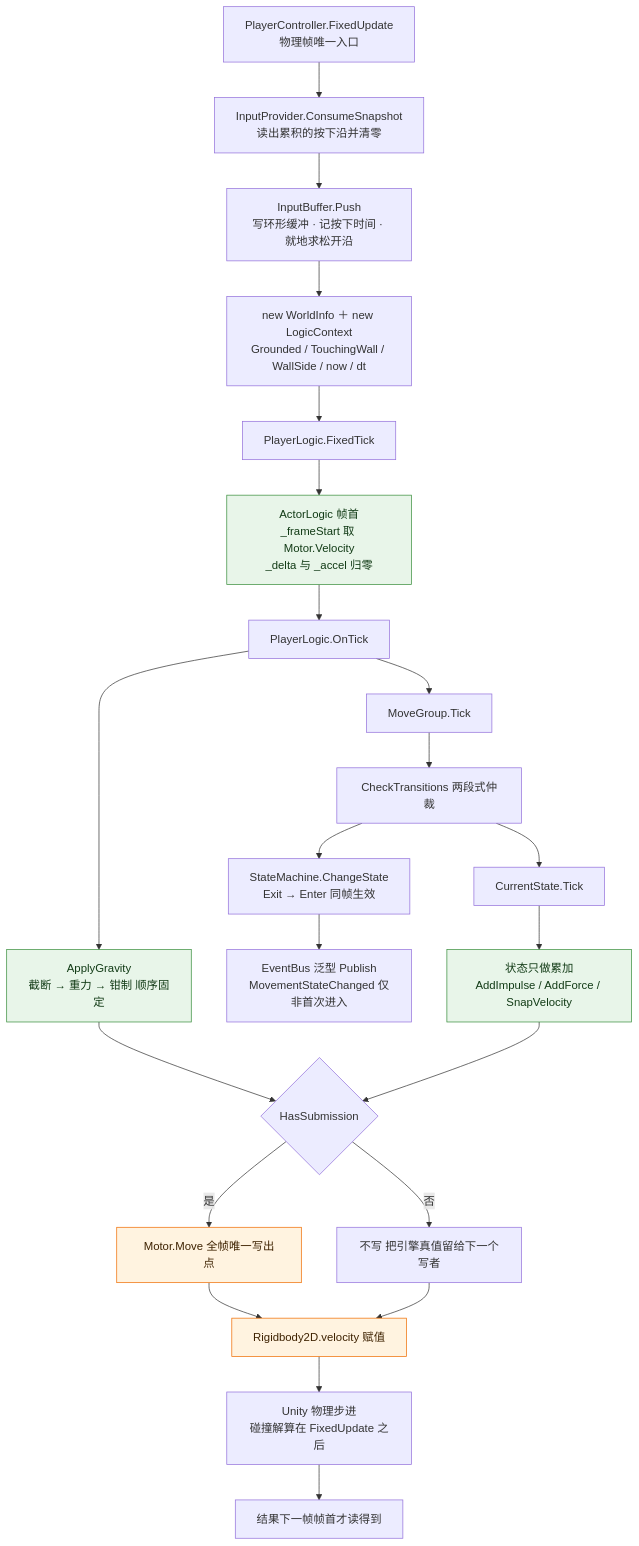
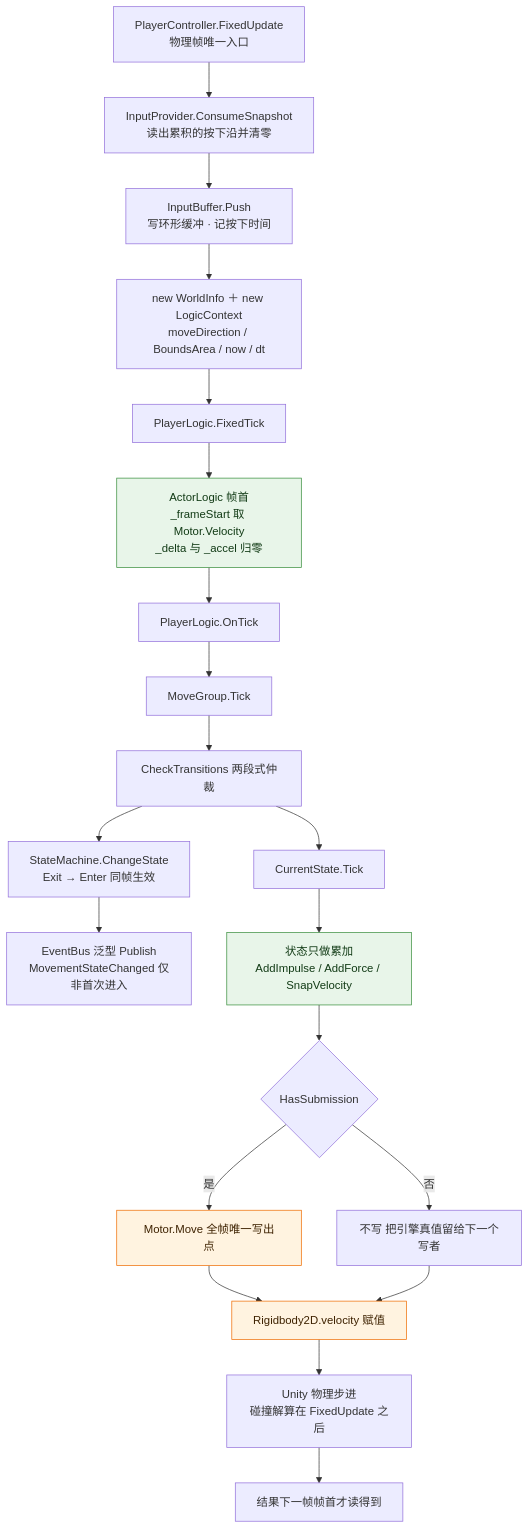
Before and after one commit to 5FYZhou/deepseaoil: the ninth of 16 diagrams in Docs/架构图集.md, drawn with Mermaid. The commit also changed other lines of this file and 47 other files, not shown here.

````diff
--- a/Docs/架构图集.md
+++ b/Docs/架构图集.md
@@ -388,28 +391,26 @@
 ```mermaid
 flowchart TD
   A["PlayerController.FixedUpdate<br/>物理帧唯一入口"] --> B["InputProvider.ConsumeSnapshot<br/>读出累积的按下沿并清零"]
-  B --> C["InputBuffer.Push<br/>写环形缓冲 · 记按下时间 · 就地求松开沿"]
-  C --> D["new WorldInfo ＋ new LogicContext<br/>Grounded / TouchingWall / WallSide / now / dt"]
+  B --> C["InputBuffer.Push<br/>写环形缓冲 · 记按下时间"]
+  C --> D["new WorldInfo ＋ new LogicContext<br/>moveDirection / BoundsArea / now / dt"]
   D --> E["PlayerLogic.FixedTick"]
   E --> F["ActorLogic 帧首<br/>_frameStart 取 Motor.Velocity<br/>_delta 与 _accel 归零"]
   F --> G["PlayerLogic.OnTick"]
-  G --> H["ApplyGravity<br/>截断 → 重力 → 钳制 顺序固定"]
   G --> I["MoveGroup.Tick"]
   I --> J["CheckTransitions 两段式仲裁"]
   J --> K["StateMachine.ChangeState<br/>Exit → Enter 同帧生效"]
   K --> L["EventBus 泛型 Publish<br/>MovementStateChanged 仅非首次进入"]
   J --> M["CurrentState.Tick"]
   M --> N["状态只做累加<br/>AddImpulse / AddForce / SnapVelocity"]
-  H --> O{"HasSubmission"}
-  N --> O
+  N --> O{"HasSubmission"}
   O -->|"是"| P["Motor.Move 全帧唯一写出点"]
   O -->|"否"| Q["不写 把引擎真值留给下一个写者"]
   P --> R["Rigidbody2D.velocity 赋值"]
   Q --> R
   R --> S["Unity 物理步进<br/>碰撞解算在 FixedUpdate 之后"]
   S --> T["结果下一帧帧首才读得到"]
   classDef calc fill:#e8f5e9,stroke:#388e3c,color:#123b16
   classDef io fill:#fff3e0,stroke:#ef6c00,color:#3e2200
-  class F,H,N calc
+  class F,N calc
   class P,R io
 ```
````
